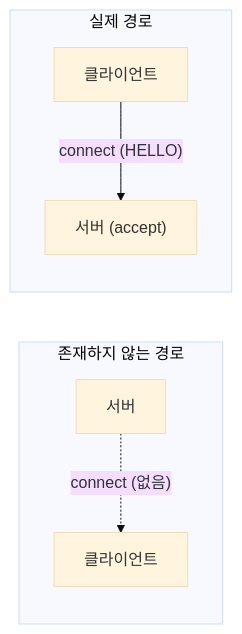
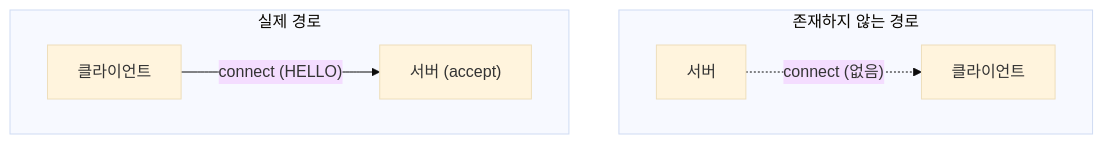
One commit to pillmee/snapcast changed the diagram in review/integration/network_discovery.md. Above: the diagram before and after it, drawn with Mermaid (base theme). The commit also changed other lines of this file and 11 other files, not shown here.

````diff
--- a/review/integration/network_discovery.md
+++ b/review/integration/network_discovery.md
@@ -41,9 +49,9 @@
 ```mermaid
-flowchart LR
+flowchart TD
     subgraph 불가능한_방향["존재하지 않는 경로"]
         SRV2["서버"] -. "connect (없음)" .-> CLI2["클라이언트"]
     end
     subgraph 실제_방향["실제 경로"]
         CLI["클라이언트"] -- "connect (HELLO)" --> SRV["서버 (accept)"]
     end
 ```
````
